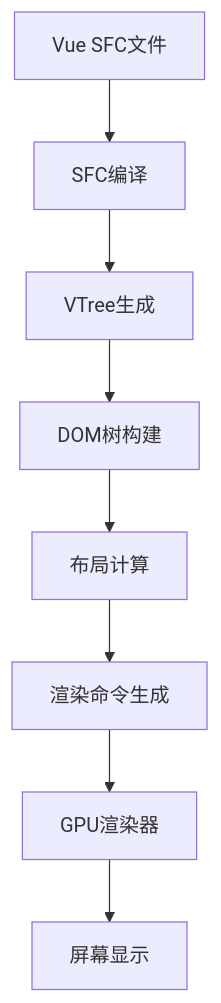
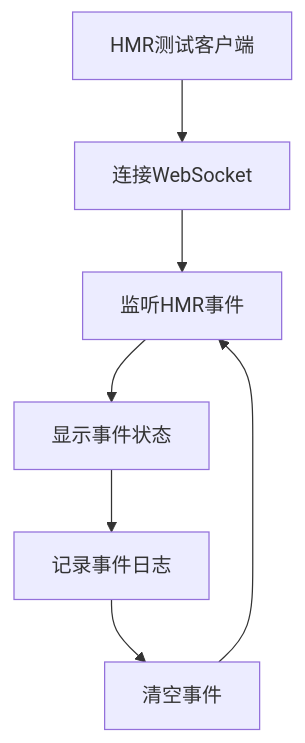
One commit to itszzl-sudo/iris changed diagram 11 of 11 in .qoder/repowiki/zh/content/项目概述/路线图进度跟踪系统.md. Above: the diagram before and after it, drawn with Mermaid. The commit also changed other lines of this file and 887 other files, not shown here.

````diff
--- a/.qoder/repowiki/zh/content/项目概述/路线图进度跟踪系统.md
+++ b/.qoder/repowiki/zh/content/项目概述/路线图进度跟踪系统.md
@@ -925,10 +673,9 @@
 ```mermaid
 flowchart TD
-SFC[Vue SFC文件] --> COMPILE[SFC编译]
-COMPILE --> VTREE[VTree生成]
-VTREE --> DOM[DOM树构建]
-DOM --> LAYOUT[布局计算]
-LAYOUT --> COMMANDS[渲染命令生成]
-COMMANDS --> RENDERER[GPU渲染器]
-RENDERER --> SCREEN[屏幕显示]
+TEST_CLIENT[HMR测试客户端] --> CONNECT[连接WebSocket]
+CONNECT --> LISTEN[监听HMR事件]
+LISTEN --> DISPLAY[显示事件状态]
+DISPLAY --> LOG[记录事件日志]
+LOG --> CLEAR[清空事件]
+CLEAR --> LISTEN
 ```
````
